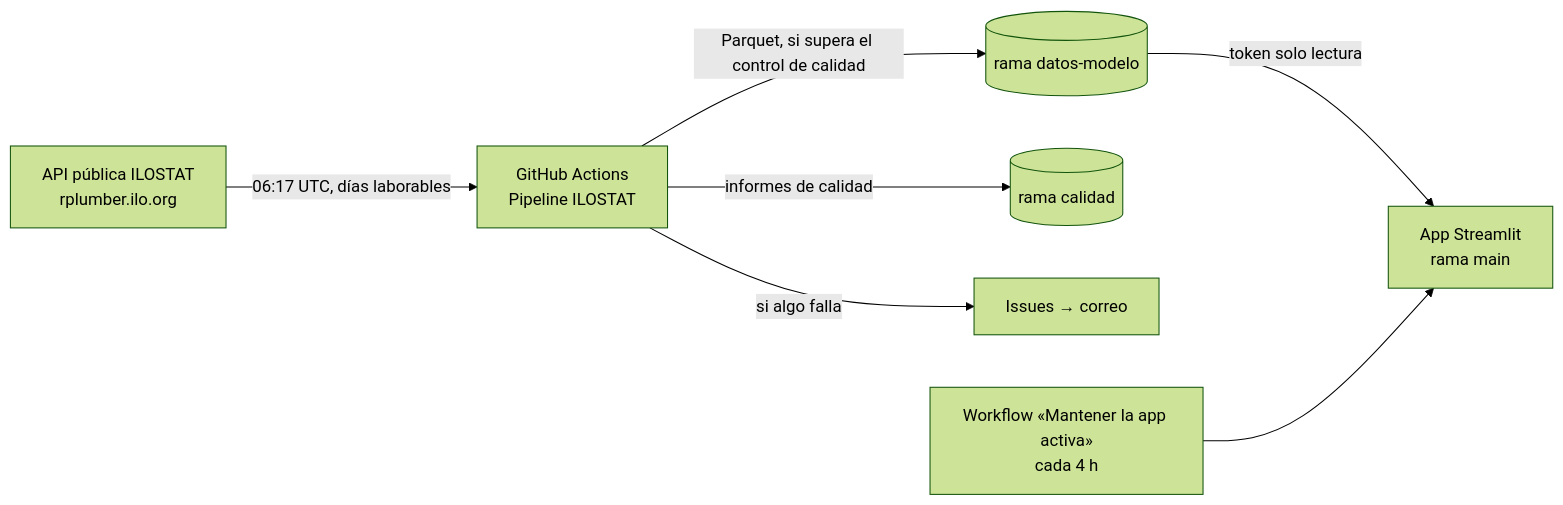
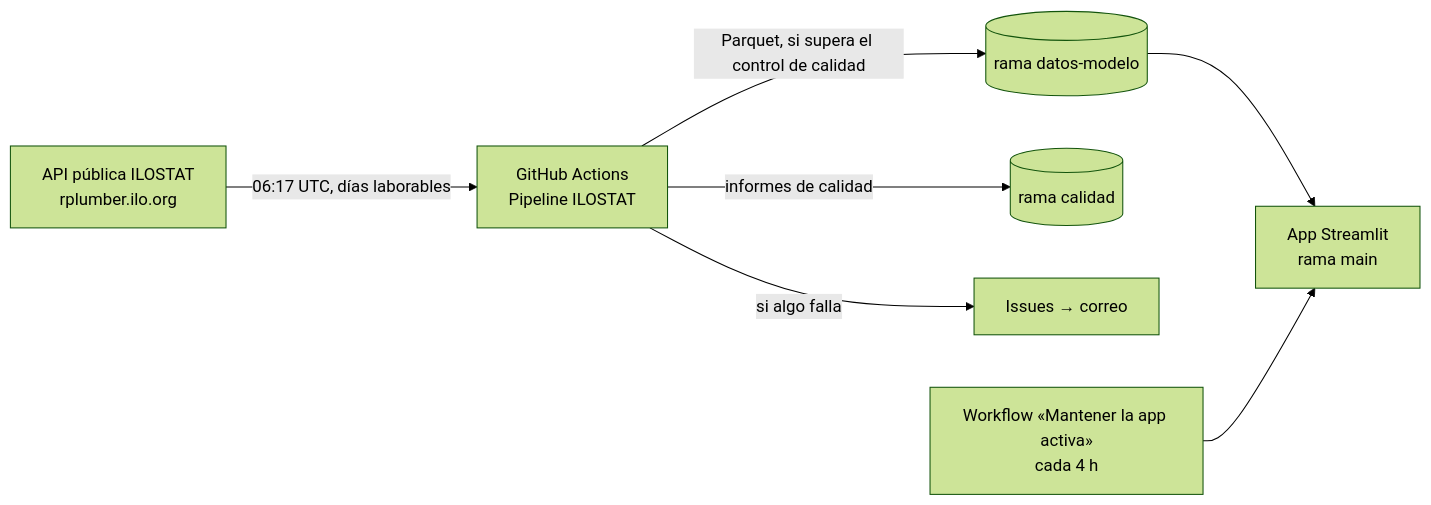
The diagram in README.md (javiermcb/Datos_ilostat), drawn with Mermaid (forest theme) before and after one commit. The commit also changed other lines of this file and 9 other files, not shown here.

First line of the commit message:
App sin las páginas «Datos y descargas» y «Estado de los datos»; muestra de pruebas solo a mano; documentación para repositorio público (sin token)

````diff
--- a/README.md
+++ b/README.md
@@ -11,9 +11,9 @@
 ```mermaid
 flowchart LR
   F[API pública ILOSTAT<br>rplumber.ilo.org] -->|06:17 UTC, días laborables| P[GitHub Actions<br>Pipeline ILOSTAT]
   P -->|Parquet, si supera el control de calidad| D[(rama datos-modelo)]
   P -->|informes de calidad| C[(rama calidad)]
   P -->|si algo falla| I[Issues → correo]
-  D -->|token solo lectura| A[App Streamlit<br>rama main]
+  D --> A[App Streamlit<br>rama main]
   K[Workflow «Mantener la app activa»<br>cada 4 h] --> A
 ```
````
